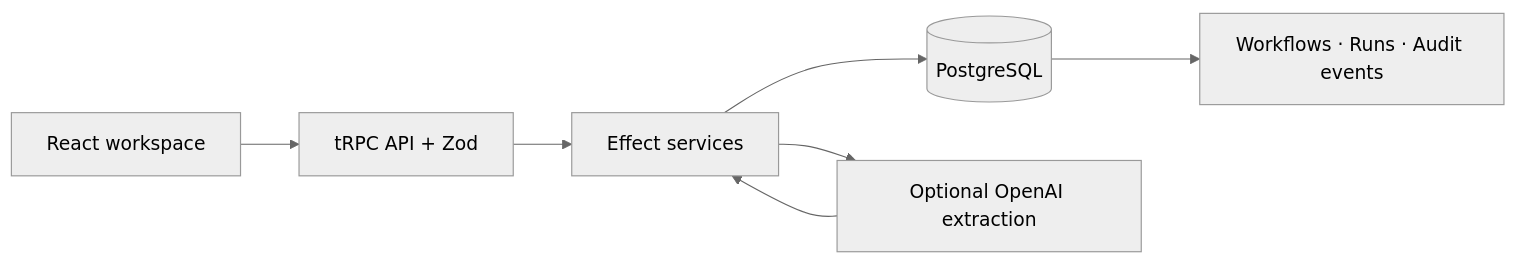
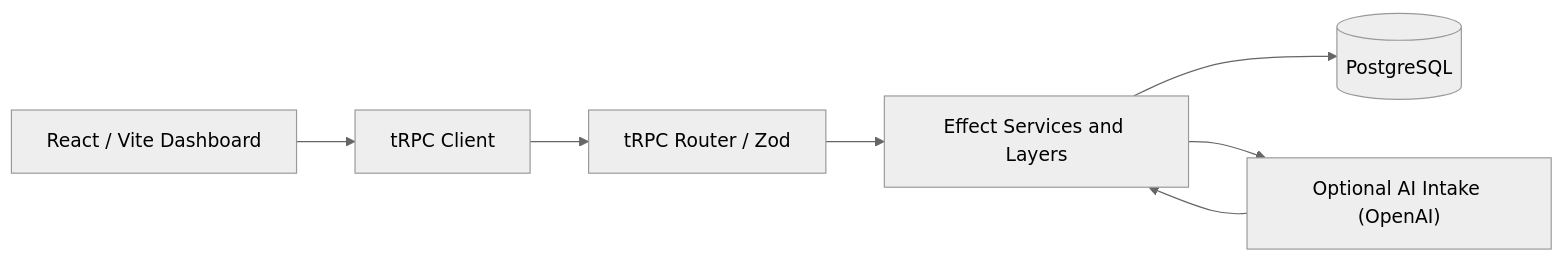
Before and after one commit to FarnazNK/FlowState: the first of 3 diagrams in README.md, drawn with Mermaid (neutral theme). The commit also changed other lines of this file, not shown here.

Commit message:
Restore detailed README with architecture, stack and backend link

````diff
--- a/README.md
+++ b/README.md
@@ -25,9 +45,9 @@
 ```mermaid
 flowchart LR
-  A["React workspace"] --> B["tRPC API + Zod"]
-  B --> C["Effect services"]
-  C --> D[("PostgreSQL")]
-  C --> E["Optional OpenAI extraction"]
-  E --> C
-  D --> F["Workflows · Runs · Audit events"]
+  UI["React / Vite Dashboard"] --> CLIENT["tRPC Client"]
+  CLIENT --> API["tRPC Router / Zod"]
+  API --> SERVICE["Effect Services and Layers"]
+  SERVICE --> DB[("PostgreSQL")]
+  SERVICE --> MODEL["Optional AI Intake (OpenAI)"]
+  MODEL --> SERVICE
 ```
````
